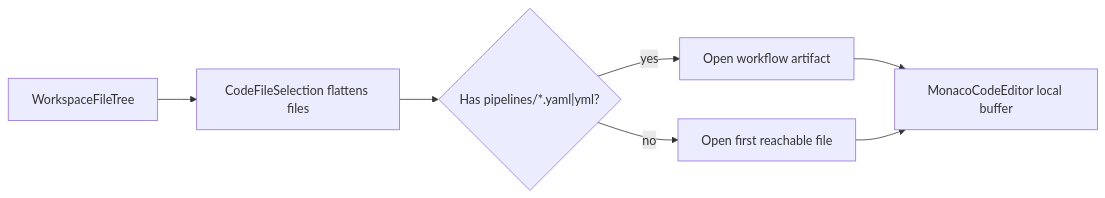
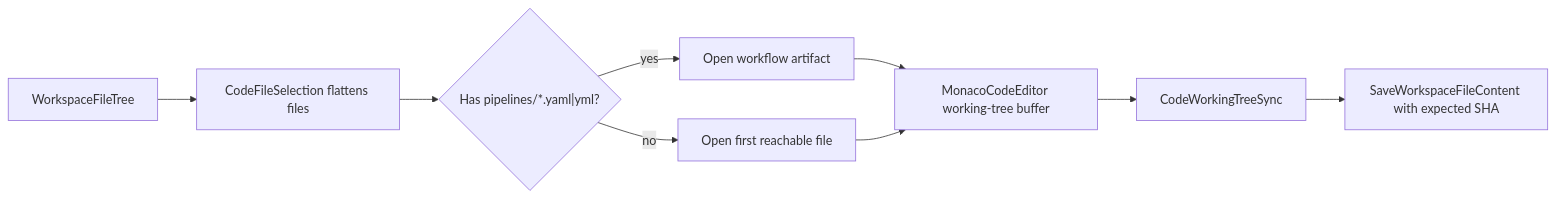
The second of 3 diagrams in docs/architecture/components/web/code-workbench-workspace-files-component.md (dunay2/dvt), drawn with Mermaid before and after one commit. The commit also changed other lines of this file and 4 other files, not shown here.

Commit message:
chore(web): Govern Code working-tree synchronization

````diff
--- a/docs/architecture/components/web/code-workbench-workspace-files-component.md
+++ b/docs/architecture/components/web/code-workbench-workspace-files-component.md
@@ -150,16 +168,20 @@
 ```mermaid
 flowchart LR
   Tree["WorkspaceFileTree"]
   Flatten["CodeFileSelection flattens files"]
   Workflow{"Has pipelines/*.yaml|yml?"}
   WorkflowFile["Open workflow artifact"]
   FirstFile["Open first reachable file"]
-  Editor["MonacoCodeEditor local buffer"]
+  Editor["MonacoCodeEditor working-tree buffer"]
+  Sync["CodeWorkingTreeSync"]
+  Command["SaveWorkspaceFileContent with expected SHA"]
 
   Tree --> Flatten
   Flatten --> Workflow
   Workflow -->|yes| WorkflowFile
   Workflow -->|no| FirstFile
   WorkflowFile --> Editor
   FirstFile --> Editor
+  Editor --> Sync
+  Sync --> Command
 ```
````
